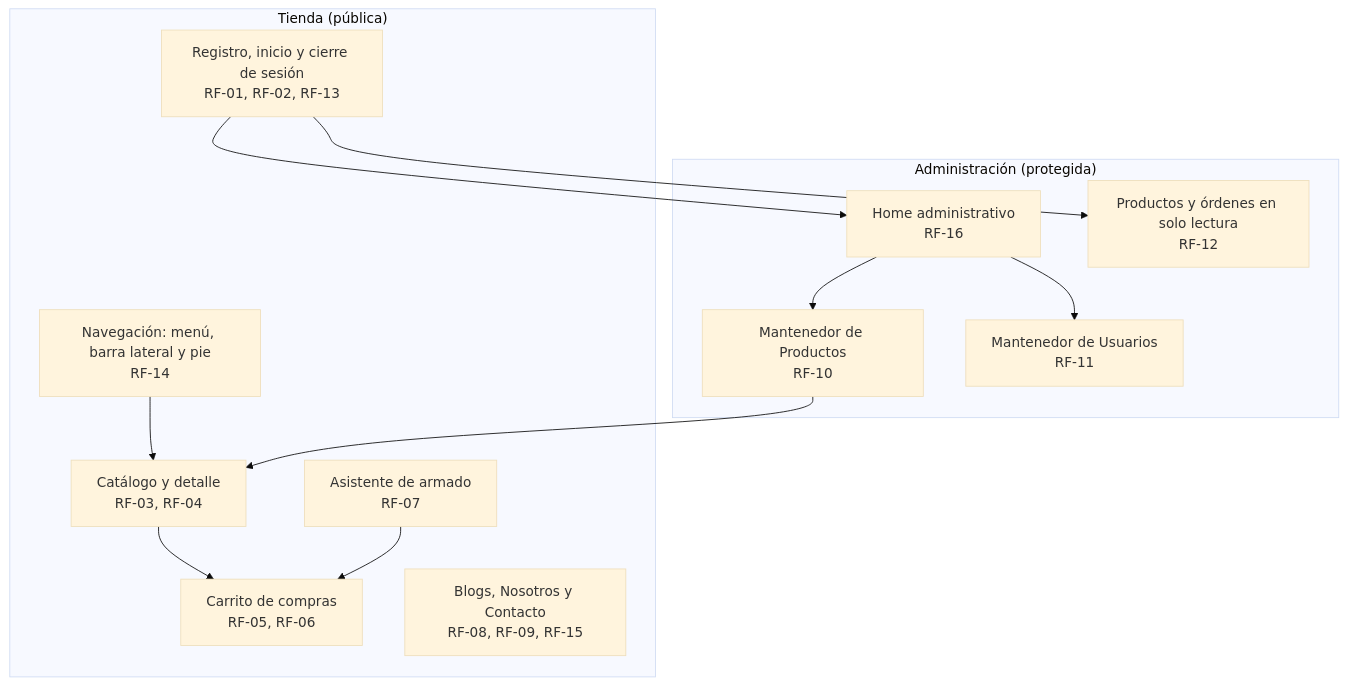
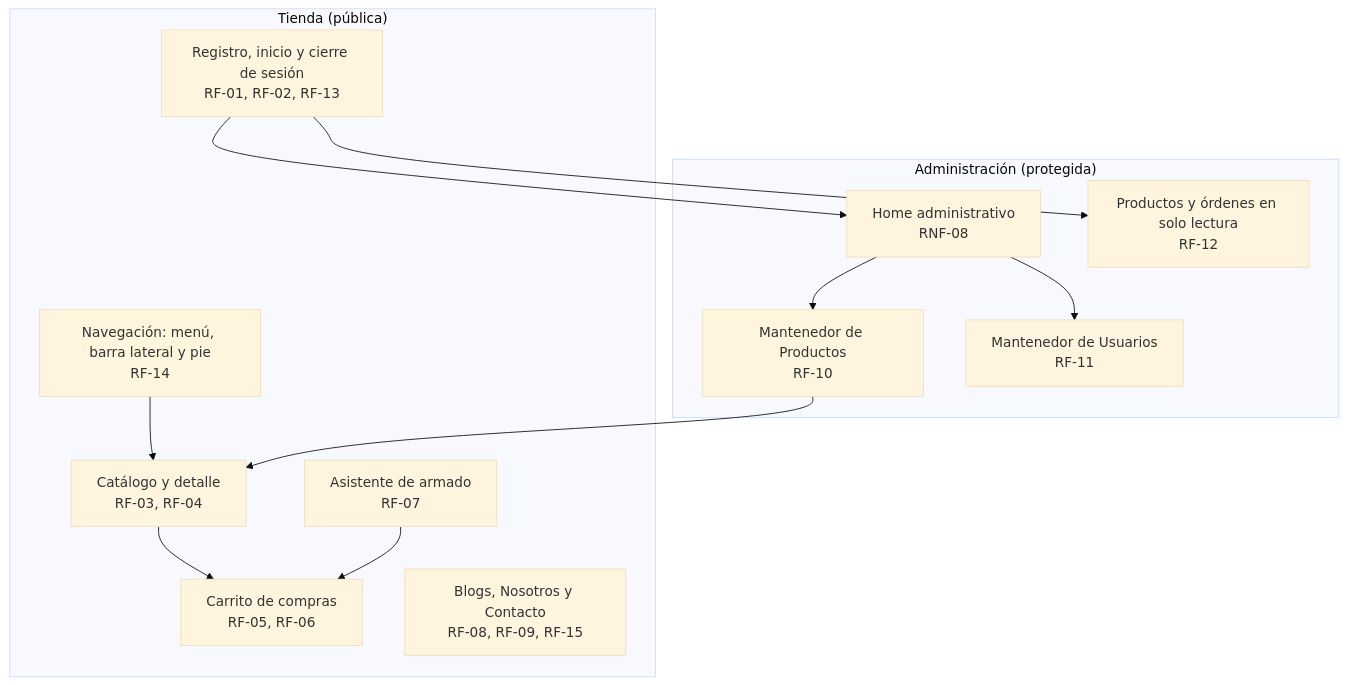
One commit to daemunozr/web_store changed the second of 3 diagrams in README.md. Above: the diagram before and after it, drawn with Mermaid (base theme). The commit also changed other lines of this file, not shown here.

````diff
--- a/README.md
+++ b/README.md
@@ -244,25 +211,25 @@
 ```mermaid
 flowchart TB
   subgraph TIENDA["Tienda (pública)"]
     CAT["Catálogo y detalle<br/>RF-03, RF-04"]
     ARM["Asistente de armado<br/>RF-07"]
     CARR["Carrito de compras<br/>RF-05, RF-06"]
     CTA["Registro, inicio y cierre de sesión<br/>RF-01, RF-02, RF-13"]
     CONT["Blogs, Nosotros y Contacto<br/>RF-08, RF-09, RF-15"]
     NAV["Navegación: menú, barra lateral y pie<br/>RF-14"]
   end
   subgraph ADMIN["Administración (protegida)"]
-    HOME["Home administrativo<br/>RF-16"]
+    HOME["Home administrativo<br/>RNF-08"]
     MP["Mantenedor de Productos<br/>RF-10"]
     MU["Mantenedor de Usuarios<br/>RF-11"]
     RO["Productos y órdenes en solo lectura<br/>RF-12"]
   end
   NAV --> CAT
   CAT --> CARR
   ARM --> CARR
   CTA --> HOME
   CTA --> RO
   HOME --> MP
   HOME --> MU
   MP --> CAT
 ```
````
